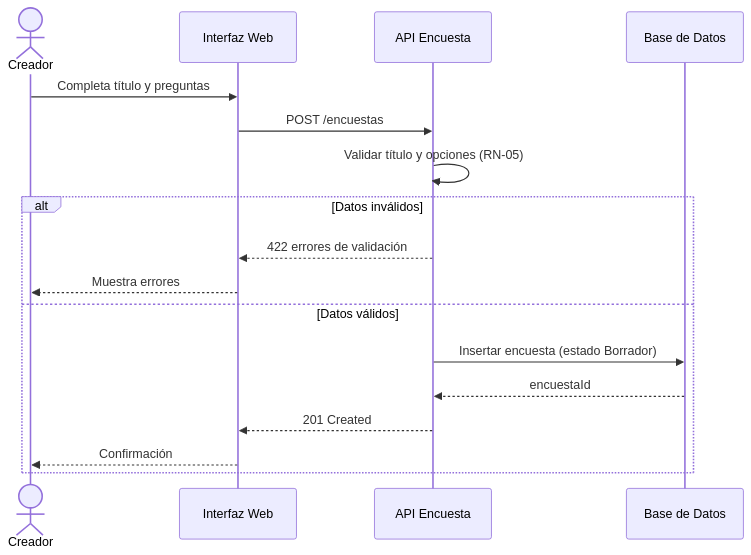
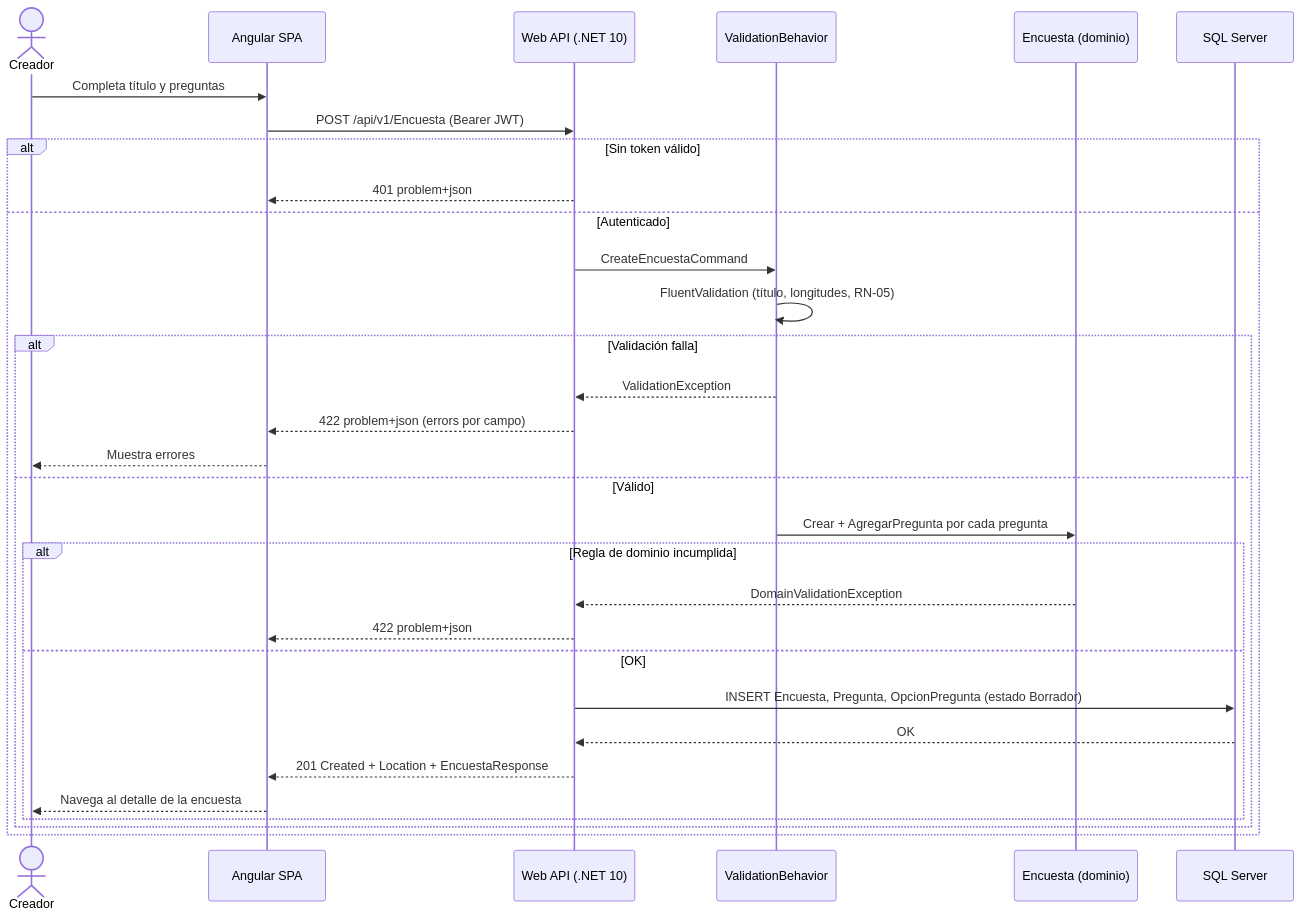
The diagram in docs/specs/functional/diagrams/01-crear-encuesta.mmd (jhofran/Encuesta-Project-02), drawn with Mermaid before and after one commit. The commit also changed 18 other files, not shown here.

```diff
--- a/docs/specs/functional/diagrams/01-crear-encuesta.mmd
+++ b/docs/specs/functional/diagrams/01-crear-encuesta.mmd
@@ -1,17 +1,31 @@
 sequenceDiagram
     actor C as Creador
-    participant UI as Interfaz Web
-    participant API as API Encuesta
-    participant DB as Base de Datos
+    participant UI as Angular SPA
+    participant API as Web API (.NET 10)
+    participant V as ValidationBehavior
+    participant D as Encuesta (dominio)
+    participant DB as SQL Server
     C->>UI: Completa título y preguntas
-    UI->>API: POST /encuestas
-    API->>API: Validar título y opciones (RN-05)
-    alt Datos inválidos
-        API-->>UI: 422 errores de validación
-        UI-->>C: Muestra errores
-    else Datos válidos
-        API->>DB: Insertar encuesta (estado Borrador)
-        DB-->>API: encuestaId
-        API-->>UI: 201 Created
-        UI-->>C: Confirmación
+    UI->>API: POST /api/v1/Encuesta (Bearer JWT)
+    alt Sin token válido
+        API-->>UI: 401 problem+json
+    else Autenticado
+        API->>V: CreateEncuestaCommand
+        V->>V: FluentValidation (título, longitudes, RN-05)
+        alt Validación falla
+            V-->>API: ValidationException
+            API-->>UI: 422 problem+json (errors por campo)
+            UI-->>C: Muestra errores
+        else Válido
+            V->>D: Crear + AgregarPregunta por cada pregunta
+            alt Regla de dominio incumplida
+                D-->>API: DomainValidationException
+                API-->>UI: 422 problem+json
+            else OK
+                API->>DB: INSERT Encuesta, Pregunta, OpcionPregunta (estado Borrador)
+                DB-->>API: OK
+                API-->>UI: 201 Created + Location + EncuestaResponse
+                UI-->>C: Navega al detalle de la encuesta
+            end
+        end
     end
```
